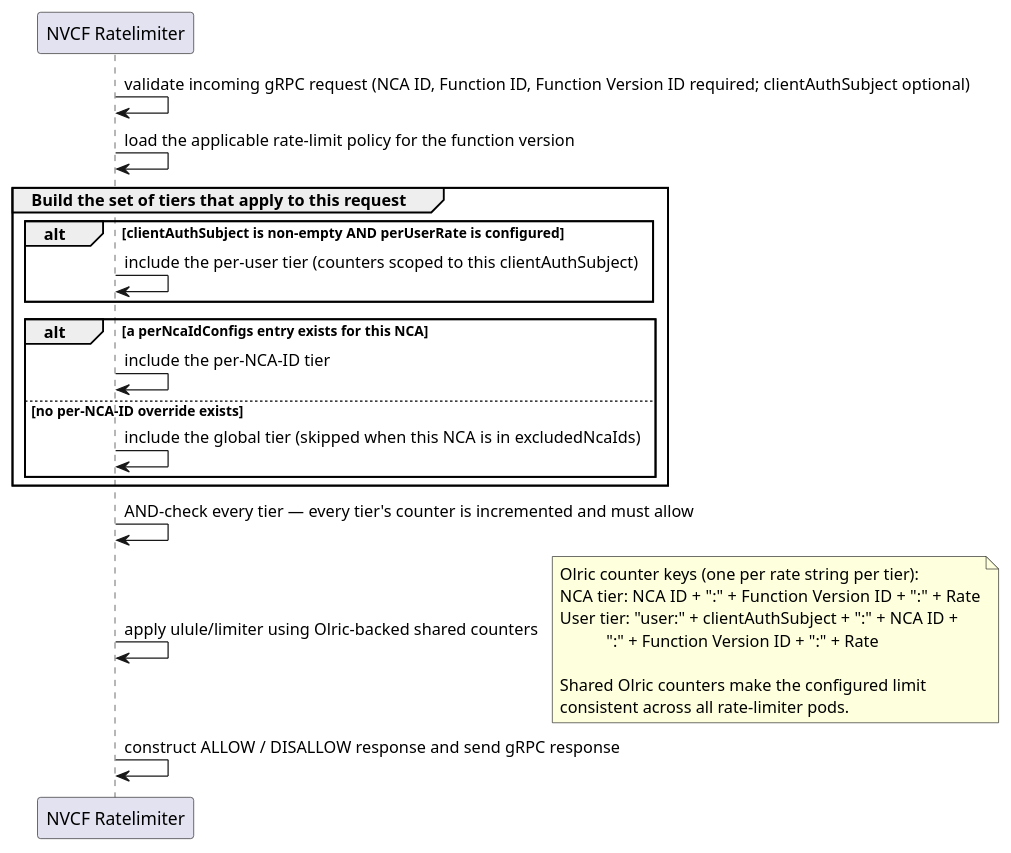
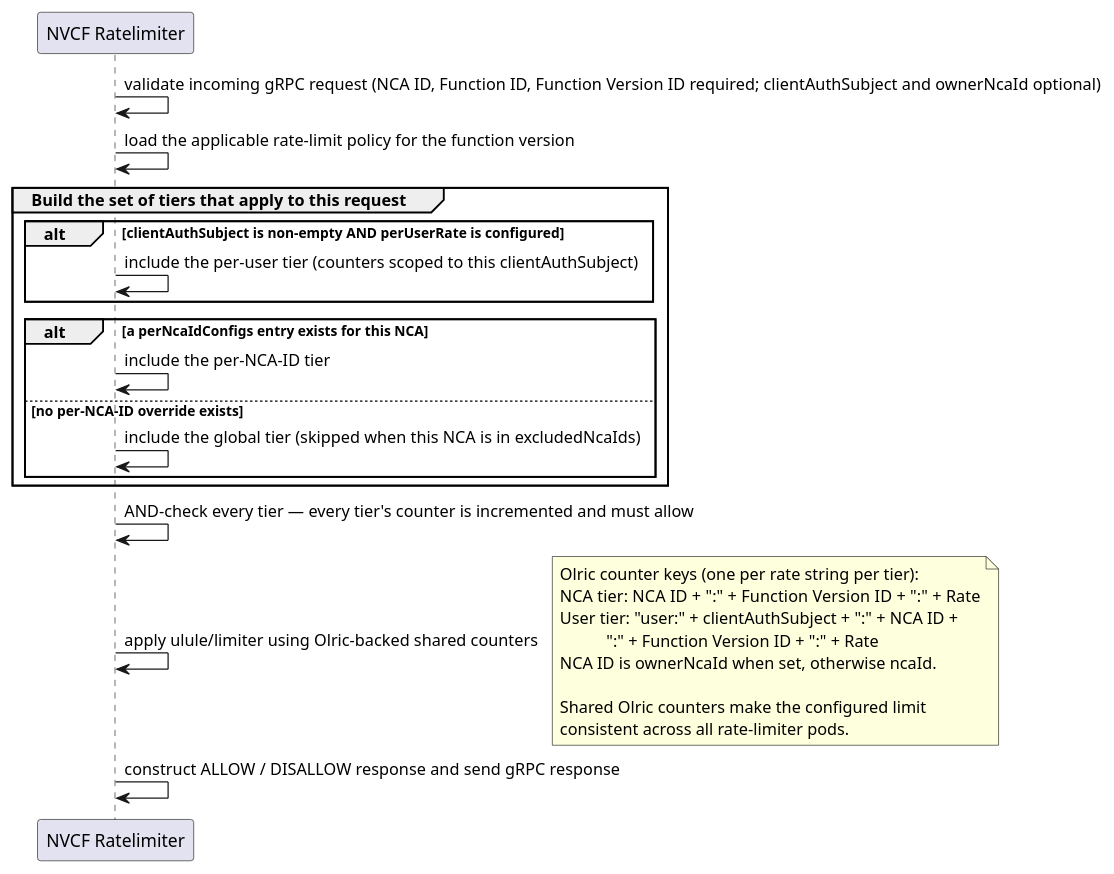
The second of 2 diagrams in src/invocation-plane-services/ratelimiter/README.md (NVIDIA/nvcf), drawn with PlantUML before and after one commit. The commit also changed other lines of this file and 4 other files, not shown here.

````diff
--- a/src/invocation-plane-services/ratelimiter/README.md
+++ b/src/invocation-plane-services/ratelimiter/README.md
@@ -91,28 +92,29 @@
 ```plantuml
 participant "NVCF Ratelimiter" as service
 
-service -> service: validate incoming gRPC request (NCA ID, Function ID, Function Version ID required; clientAuthSubject optional)
+service -> service: validate incoming gRPC request (NCA ID, Function ID, Function Version ID required; clientAuthSubject and ownerNcaId optional)
 service -> service: load the applicable rate-limit policy for the function version
 group Build the set of tiers that apply to this request
     alt clientAuthSubject is non-empty AND perUserRate is configured
         service -> service: include the per-user tier (counters scoped to this clientAuthSubject)
     end
     alt a perNcaIdConfigs entry exists for this NCA
         service -> service: include the per-NCA-ID tier
     else no per-NCA-ID override exists
         service -> service: include the global tier (skipped when this NCA is in excludedNcaIds)
     end
 end
 service -> service: AND-check every tier — every tier's counter is incremented and must allow
 service -> service: apply ulule/limiter using Olric-backed shared counters
 note right
         Olric counter keys (one per rate string per tier):
         NCA tier:  NCA ID + ":" + Function Version ID + ":" + Rate
         User tier: "user:" + clientAuthSubject + ":" + NCA ID +
                    ":" + Function Version ID + ":" + Rate
+        NCA ID is ownerNcaId when set, otherwise ncaId.
 
         Shared Olric counters make the configured limit
         consistent across all rate-limiter pods.
 end note
 service -> service: construct ALLOW / DISALLOW response and send gRPC response
 ```
````
